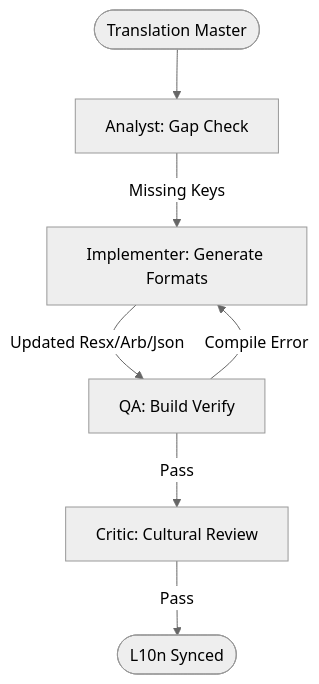
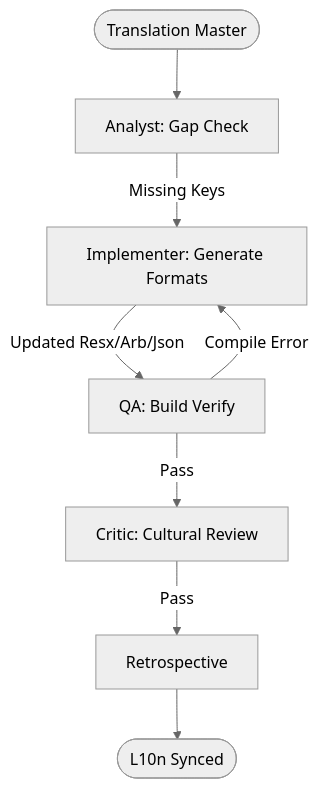
Before and after one commit to seanspiesman/Agents-and-Workflows: the diagram in custom-agents/workflows/core/IntlSync.workflow.md, drawn with Mermaid (neutral theme). The commit also changed other lines of this file and 38 other files, not shown here.

````diff
--- a/custom-agents/workflows/core/IntlSync.workflow.md
+++ b/custom-agents/workflows/core/IntlSync.workflow.md
@@ -58,9 +66,10 @@
 ```mermaid
 flowchart TD
     Start([Translation Master]) --> P1[Analyst: Gap Check]
     P1 -->|Missing Keys| P2[Implementer: Generate Formats]
     P2 -->|Updated Resx/Arb/Json| P3[QA: Build Verify]
     P3 -->|Compile Error| P2
     P3 -->|Pass| P4[Critic: Cultural Review]
-    P4 -->|Pass| End([L10n Synced])
+    P4 -->|Pass| P5[Retrospective]
+    P5 --> End([L10n Synced])
 ```
````
